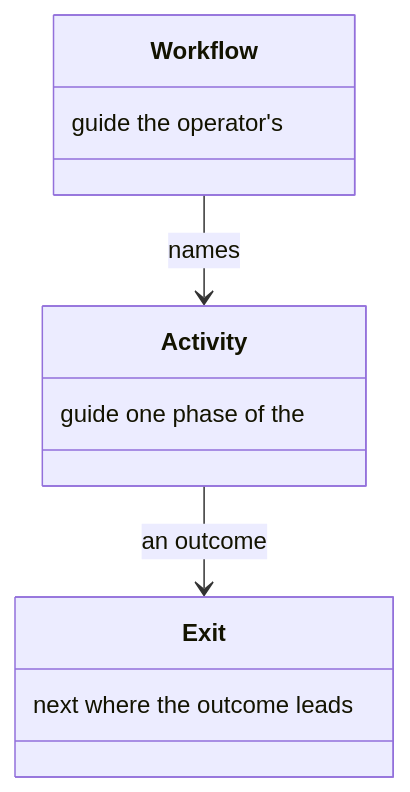
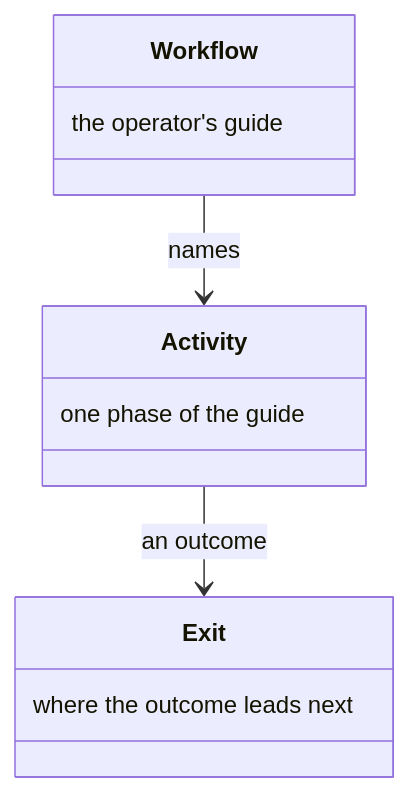
One commit to m2ux/workflow-server changed the eighth of 20 diagrams in docs/architecture.md. Above: the diagram before and after it, drawn with Mermaid. The commit also changed other lines of this file and 10 other files, not shown here.

Commit message:
Write each class-box note in reading order so the diagram shows the phrase as written.

````diff
--- a/docs/architecture.md
+++ b/docs/architecture.md
@@ -111,14 +111,14 @@
 ```mermaid
 classDiagram
   class Workflow {
-    guide the operator's
+    the operator's guide
   }
   class Activity {
-    guide one phase of the
+    one phase of the guide
   }
   class Exit {
-    next where the outcome leads
+    where the outcome leads next
   }
   Workflow --> Activity : names
   Activity --> Exit : an outcome
 ```
````
